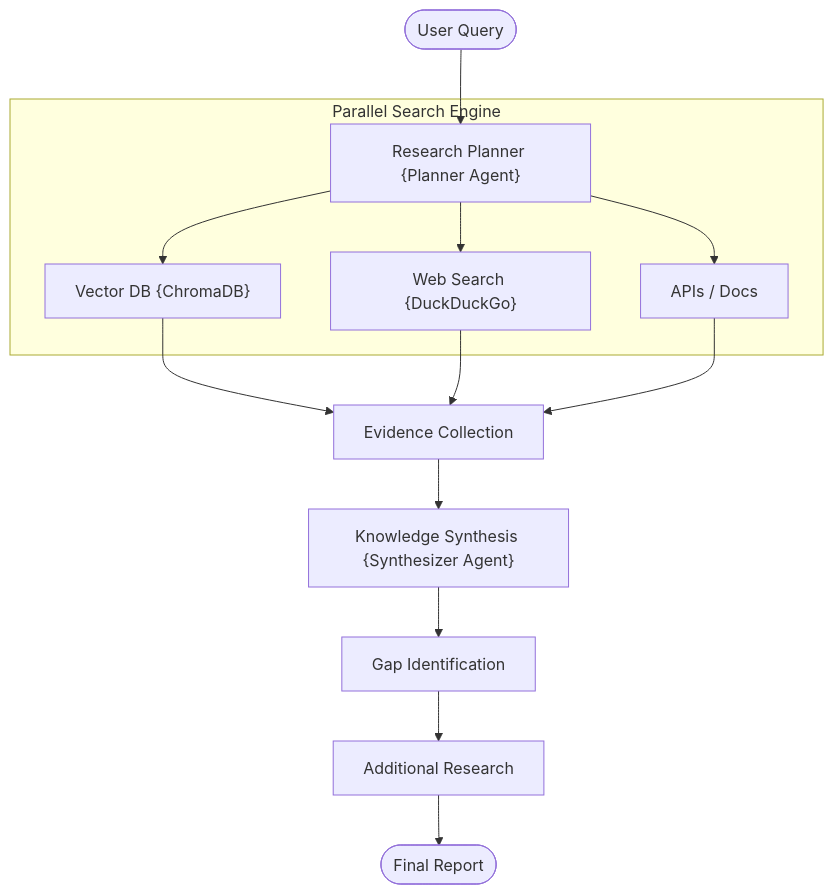
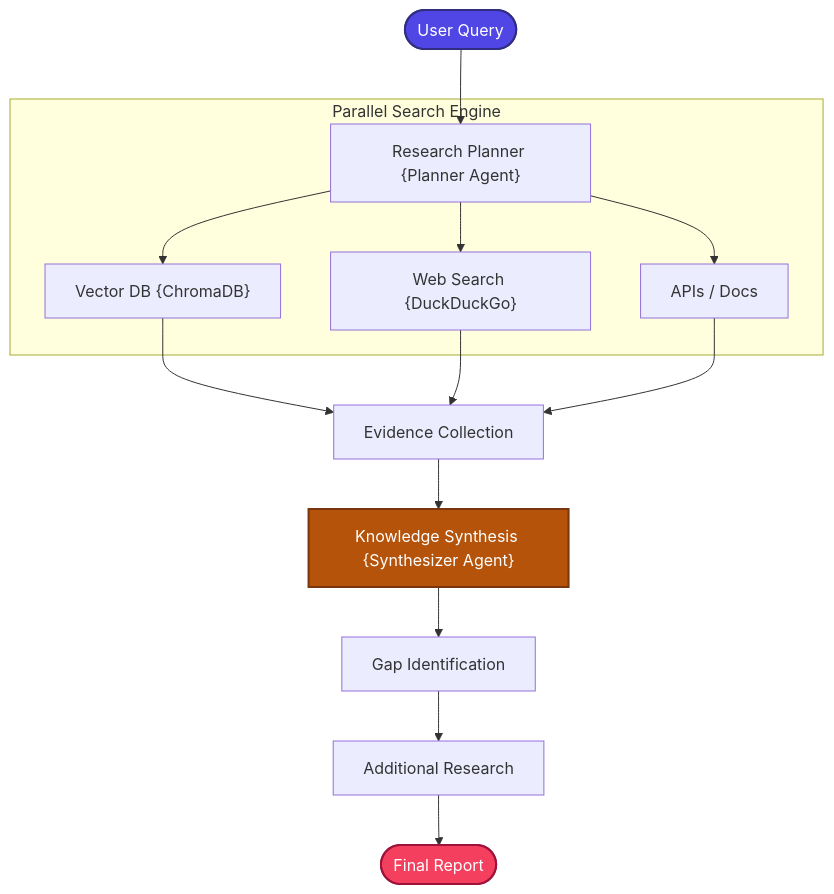
One commit to mohd-faizy/RAG-Design-Patterns changed the diagram in 20_Deep_Research_RAG/README.md. Above: the diagram before and after it, drawn with Mermaid. The commit also changed 18 other files, not shown here.

````diff
--- a/20_Deep_Research_RAG/README.md
+++ b/20_Deep_Research_RAG/README.md
@@ -27,19 +27,23 @@
 ```mermaid
 graph TD
     Query([User Query]) --> Planner["Research Planner {Planner Agent}"]
     
     subgraph Parallel Search Engine
         Planner --> Vector["Vector DB {ChromaDB}"]
         Planner --> Web["Web Search {DuckDuckGo}"]
         Planner --> APIs["APIs / Docs"]
     end
     
     Vector --> Evidence["Evidence Collection"]
     Web --> Evidence
     APIs --> Evidence
     
     Evidence --> Synthesis["Knowledge Synthesis {Synthesizer Agent}"]
     Synthesis --> Gap["Gap Identification"]
     Gap --> Additional["Additional Research"]
     Additional --> Report([Final Report])
+
+    style Query fill:#4F46E5,stroke:#312E81,stroke-width:2px,color:#fff
+    style Report fill:#F43F5E,stroke:#9F1239,stroke-width:2px,color:#fff
+    style Synthesis fill:#B45309,stroke:#78350F,stroke-width:2px,color:#fff
 ```
````
